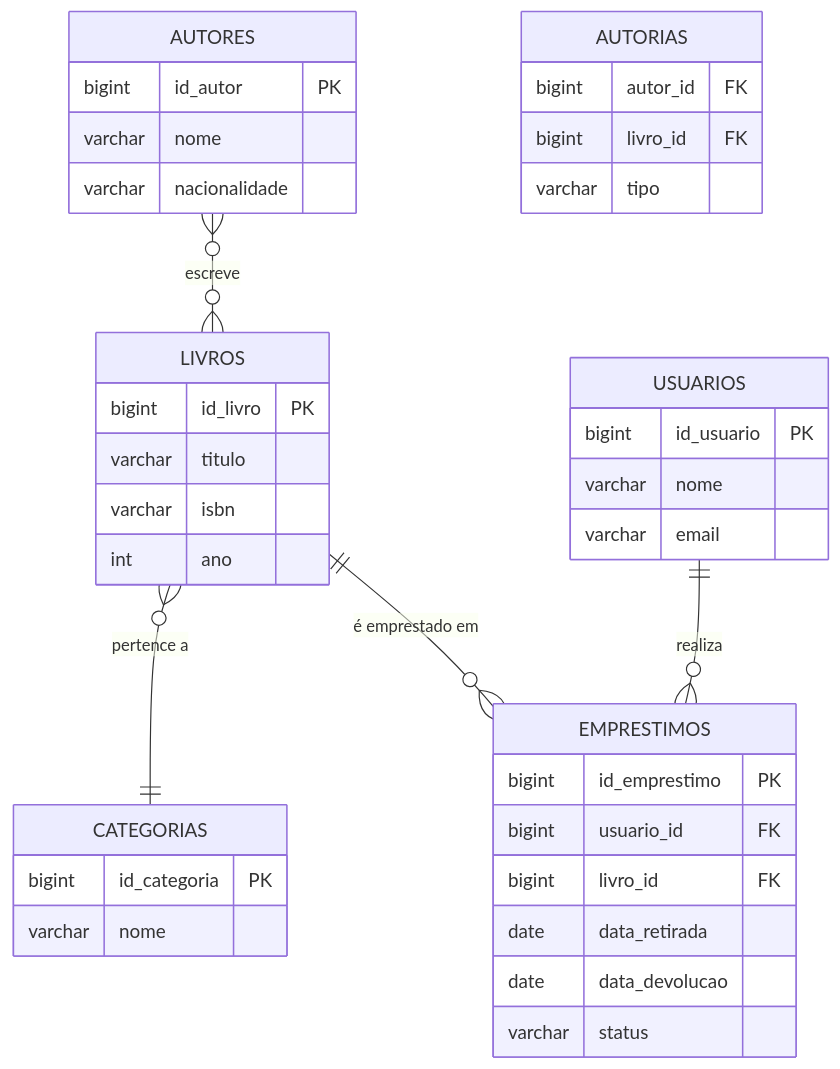
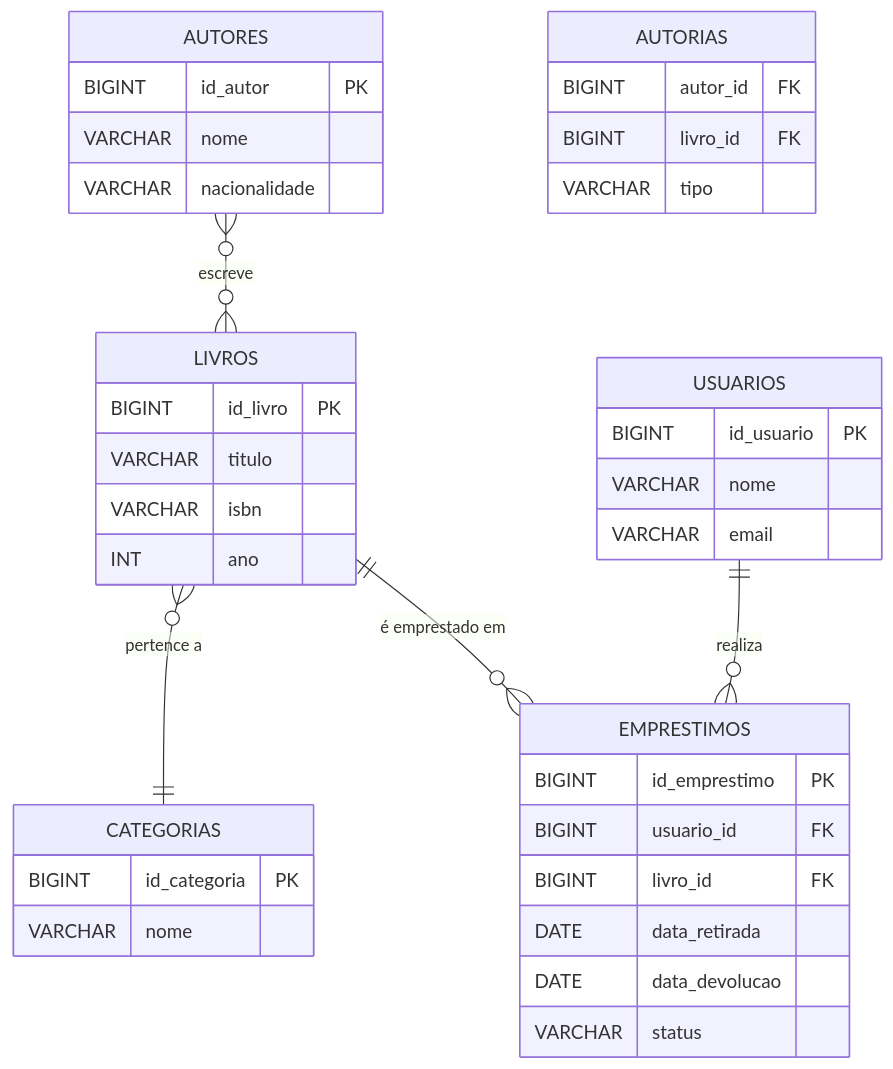
Before and after one commit to DSM-Fatec-Jahu/BDR-DSM-2026-2: the ninth of 9 diagrams in docs/aulas/Aula_02_Normalizacao.md, drawn with Mermaid. The commit also changed other lines of this file and 2 other files, not shown here.

First line of the commit message:
Padroniza tipos SQL em MAIÚSCULAS nos diagramas (Regra 3)

````diff
--- a/docs/aulas/Aula_02_Normalizacao.md
+++ b/docs/aulas/Aula_02_Normalizacao.md
@@ -792,46 +792,46 @@
 ```mermaid
 erDiagram
     AUTORES {
-        bigint id_autor PK
-        varchar nome
-        varchar nacionalidade
+        BIGINT id_autor PK
+        VARCHAR nome
+        VARCHAR nacionalidade
     }
 
     LIVROS {
-        bigint id_livro PK
-        varchar titulo
-        varchar isbn
-        int ano
+        BIGINT id_livro PK
+        VARCHAR titulo
+        VARCHAR isbn
+        INT ano
     }
 
     CATEGORIAS {
-        bigint id_categoria PK
-        varchar nome
+        BIGINT id_categoria PK
+        VARCHAR nome
     }
 
     USUARIOS {
-        bigint id_usuario PK
-        varchar nome
-        varchar email
+        BIGINT id_usuario PK
+        VARCHAR nome
+        VARCHAR email
     }
 
     AUTORIAS {
-        bigint autor_id FK
-        bigint livro_id FK
-        varchar tipo
+        BIGINT autor_id FK
+        BIGINT livro_id FK
+        VARCHAR tipo
     }
 
     EMPRESTIMOS {
-        bigint id_emprestimo PK
-        bigint usuario_id FK
-        bigint livro_id FK
-        date data_retirada
-        date data_devolucao
-        varchar status
+        BIGINT id_emprestimo PK
+        BIGINT usuario_id FK
+        BIGINT livro_id FK
+        DATE data_retirada
+        DATE data_devolucao
+        VARCHAR status
     }
 
     AUTORES }o--o{ LIVROS : "escreve"
     LIVROS }o--|| CATEGORIAS : "pertence a"
     USUARIOS ||--o{ EMPRESTIMOS : "realiza"
     LIVROS ||--o{ EMPRESTIMOS : "é emprestado em"
 ```
````
